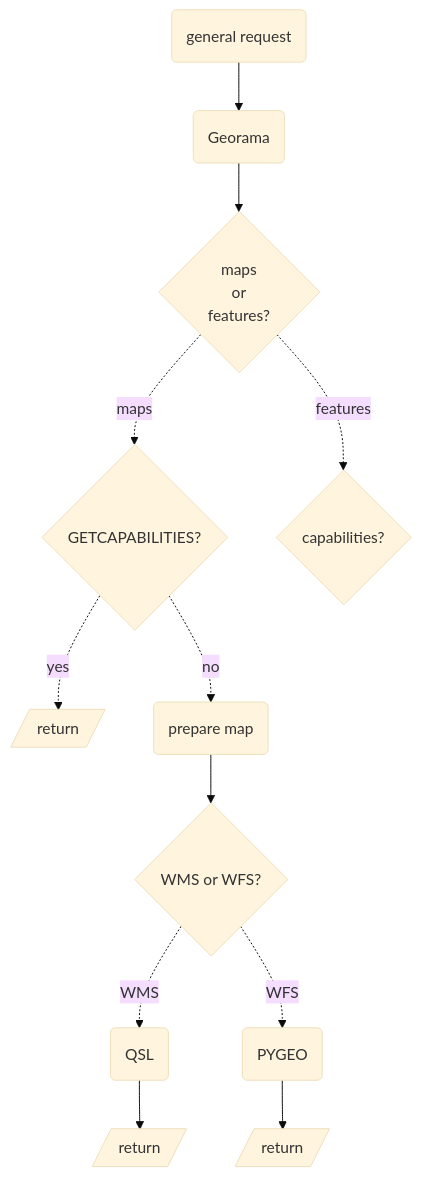
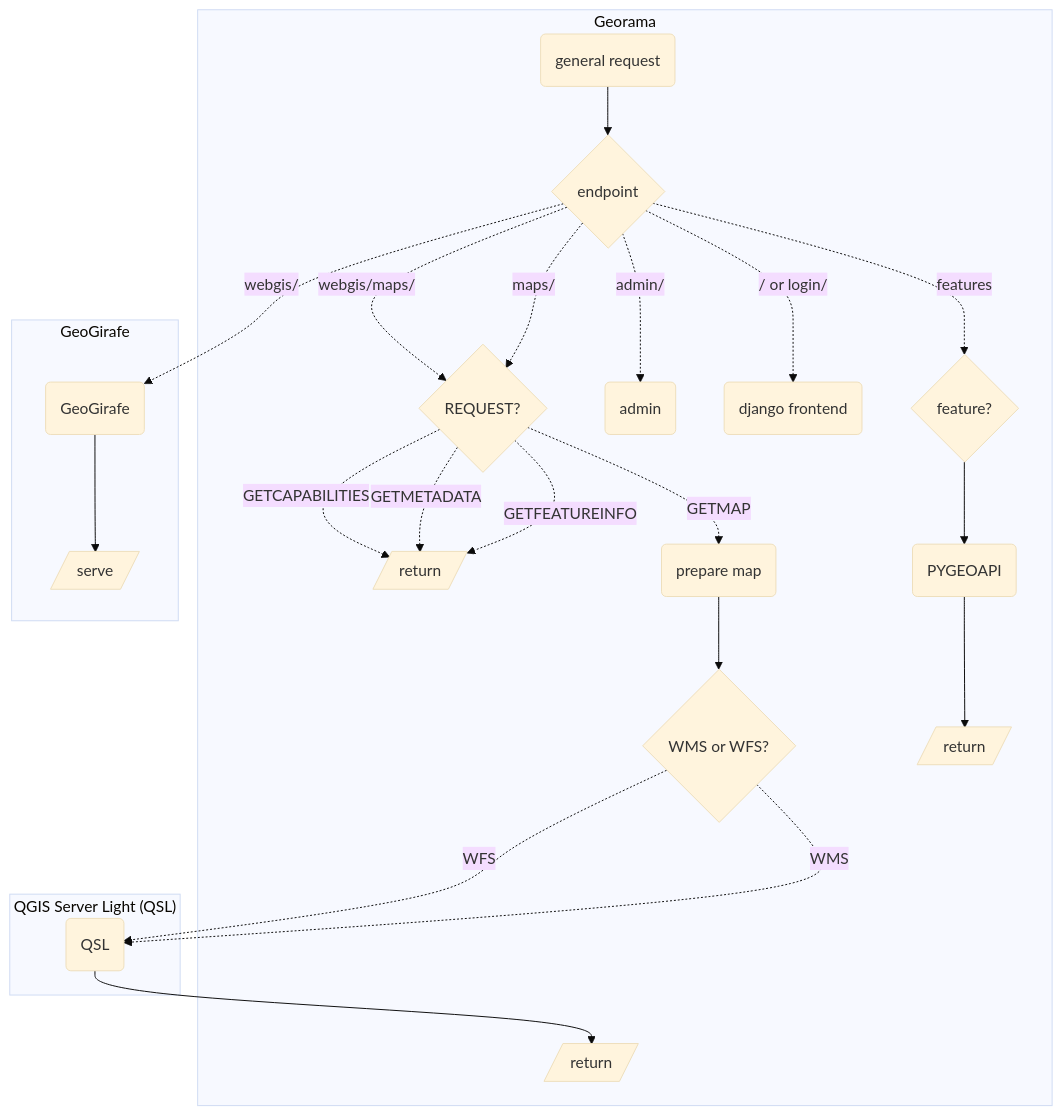
The diagram in docs/src/process.md (opengisch/georama), drawn with Mermaid (base theme) before and after one commit. The commit also changed 3 other files, not shown here.

Commit message:
working on flowchart

````diff
--- a/docs/src/process.md
+++ b/docs/src/process.md
@@ -7,14 +7,35 @@
 ```mermaid
 flowchart TD;
-  request("general request") --> georama("Georama")
-  georama --> id1{"maps \nor \nfeatures?"}
-  id1  -."maps".-> maps1{"GETCAPABILITIES?"}
-  maps1 -."yes".-> maps2[/return/]
-  maps1 -."no".-> maps3("prepare map") 
-  maps3 --> maps4{"WMS or WFS?"}
-  maps4 -."WMS".-> qsl("QSL")
-  qsl --> qsl2[/return/]
-  maps4 -."WFS".-> pygeo("PYGEO")
-  pygeo --> pygeo2[/return/]
-  id1  -."features".-> features1{"capabilities?"}
+  subgraph Georama
+      request("general request") --> id1{"endpoint"}
+      id1  -."webgis/maps/".-> maps1
+      id1  -."admin/".-> admin("admin") 
+      id1  -."/ or login/".-> root("django frontend")
+      id1  -."maps/".-> maps1{"REQUEST?"}
+      
+      
+      maps1 -."GETCAPABILITIES".-> maps2[/return/]
+      maps1 -."GETMETADATA".-> maps2[/return/]
+      maps1 -."GETFEATUREINFO".-> maps2[/return/]
+      maps1 -."GETMAP".-> maps3("prepare map") 
+      maps3 --> maps4{"WMS or WFS?"}
+  
+      
+      pygeo --> pygeo2[/return/]
+      id1  -."features".-> features1{"feature?"}
+      features1 --> pygeo("PYGEOAPI")
+      
+      mapReturn[/return/]
+  end
+  
+  subgraph "QGIS Server Light (QSL)"
+      maps4 -."WFS".-> qsl("QSL")
+      maps4 -."WMS".-> qsl("QSL")
+      qsl --> mapReturn
+  end
+
+  subgraph "GeoGirafe"
+      id1  -."webgis/".-> gg("GeoGirafe") 
+      gg --> gg2[/serve/]
+  end
 ```
````
